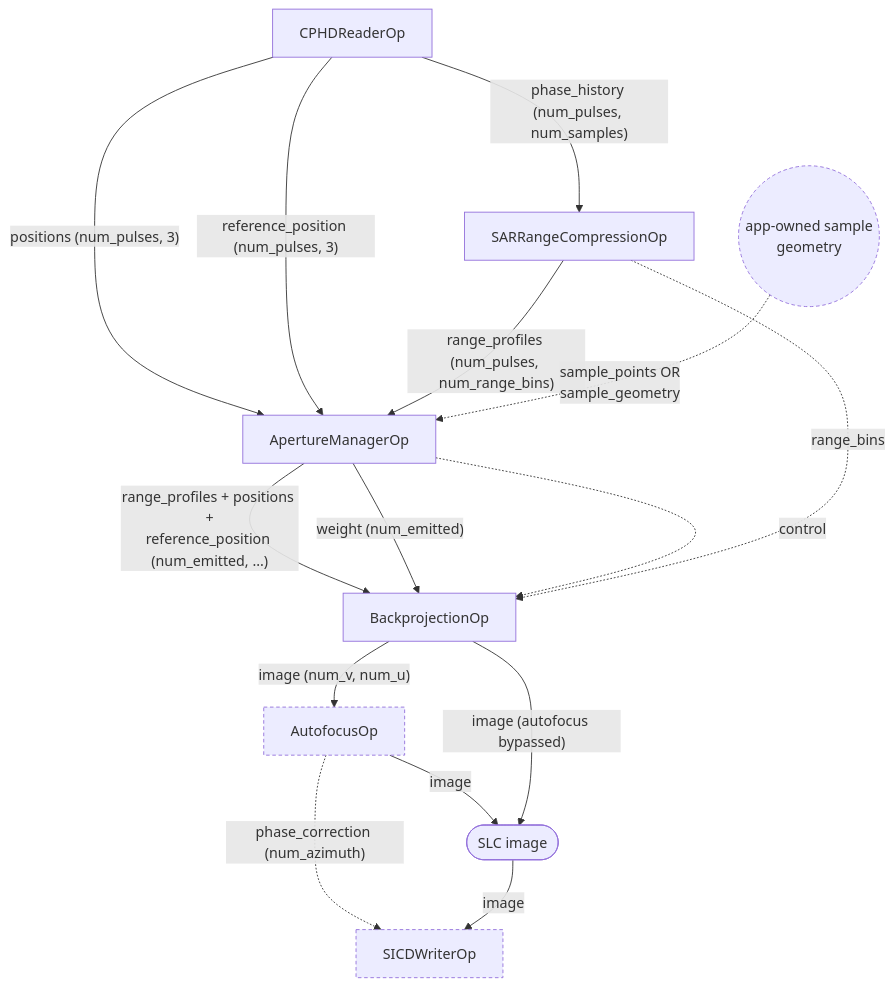
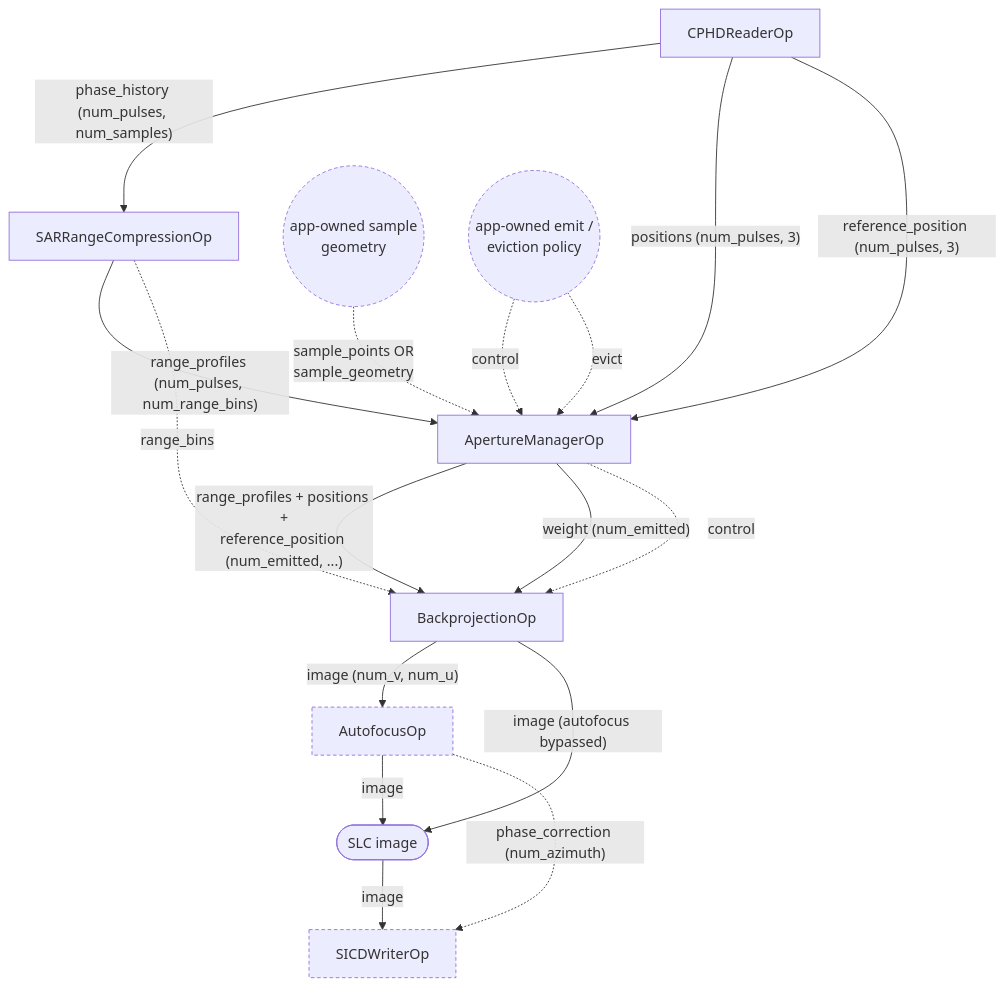
One commit to nvidia-holoscan/holoscan-radar changed the first of 3 diagrams in docs/planning/SAR/WORKFLOWS.md. Above: the diagram before and after it, drawn with Mermaid. The commit also changed other lines of this file and 6 other files, not shown here.

````diff
--- a/docs/planning/SAR/WORKFLOWS.md
+++ b/docs/planning/SAR/WORKFLOWS.md
@@ -192,19 +194,21 @@
 ```mermaid
 flowchart TD
   classDef opt stroke-dasharray:4 3
   READ["CPHDReaderOp"] -->|"phase_history (num_pulses, num_samples)"| RC["SARRangeCompressionOp"]
   READ -->|"positions (num_pulses, 3)"| AC["ApertureManagerOp"]
   READ -->|"reference_position (num_pulses, 3)"| AC
   RC -->|"range_profiles (num_pulses, num_range_bins)"| AC
   AC -->|"range_profiles + positions +<br>reference_position (num_emitted, ...)"| BP["BackprojectionOp"]
   AC -->|"weight (num_emitted)"| BP
   AC -.->|"control"| BP
   RC -.->|"range_bins"| BP
   GEOM(("app-owned sample<br>geometry")) -.->|"sample_points OR<br>sample_geometry"| AC
+  POL(("app-owned emit /<br>eviction policy")) -.->|"control"| AC
+  POL -.->|"evict"| AC
   BP -->|"image (num_v, num_u)"| AF["AutofocusOp"]
   AF -->|"image"| SLC(["SLC image"])
   BP -->|"image (autofocus bypassed)"| SLC
   AF -.->|"phase_correction (num_azimuth)"| SICD["SICDWriterOp"]
   SLC -->|"image"| SICD
-  class AF,GEOM,SICD opt
+  class AF,GEOM,POL,SICD opt
 ```
````
